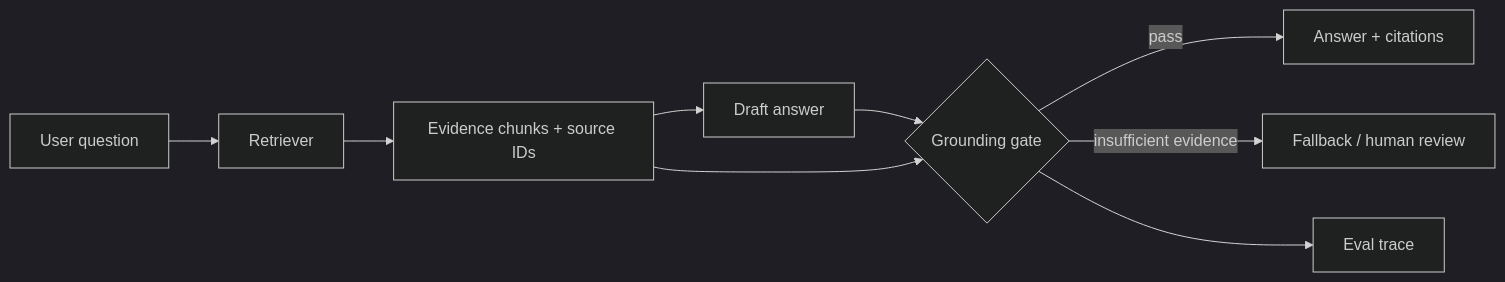
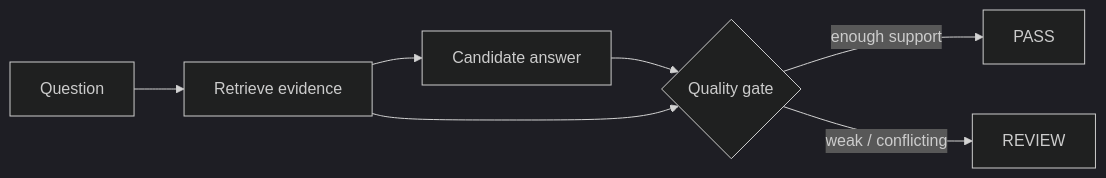
One commit to AshIntelligence/agenticmine changed the diagram in projects/rag-quality-gate/README.md. Above: the diagram before and after it, drawn with Mermaid (dark theme). The commit also changed other lines of this file and 21 other files, not shown here.

````diff
--- a/projects/rag-quality-gate/README.md
+++ b/projects/rag-quality-gate/README.md
@@ -9,11 +9,9 @@
 ```mermaid
 flowchart LR
-  Q[User question] --> R[Retriever]
-  R --> E[Evidence chunks + source IDs]
-  E --> A[Draft answer]
-  A --> G{Grounding gate}
-  E --> G
-  G -->|pass| O[Answer + citations]
-  G -->|insufficient evidence| F[Fallback / human review]
-  G --> T[Eval trace]
+  Q[Question] --> R[Retrieve evidence]
+  R --> A[Candidate answer]
+  A --> G{Quality gate}
+  R --> G
+  G -->|enough support| P[PASS]
+  G -->|weak / conflicting| H[REVIEW]
 ```
````
